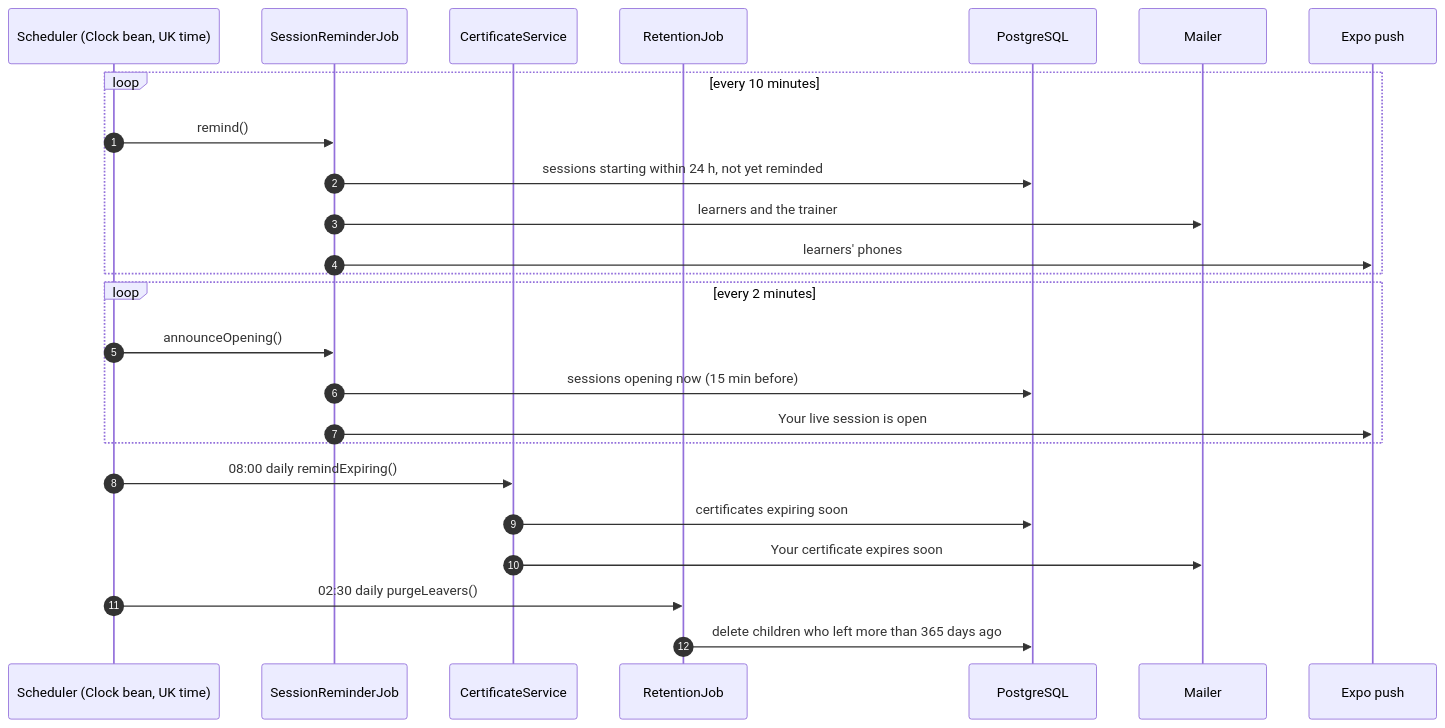
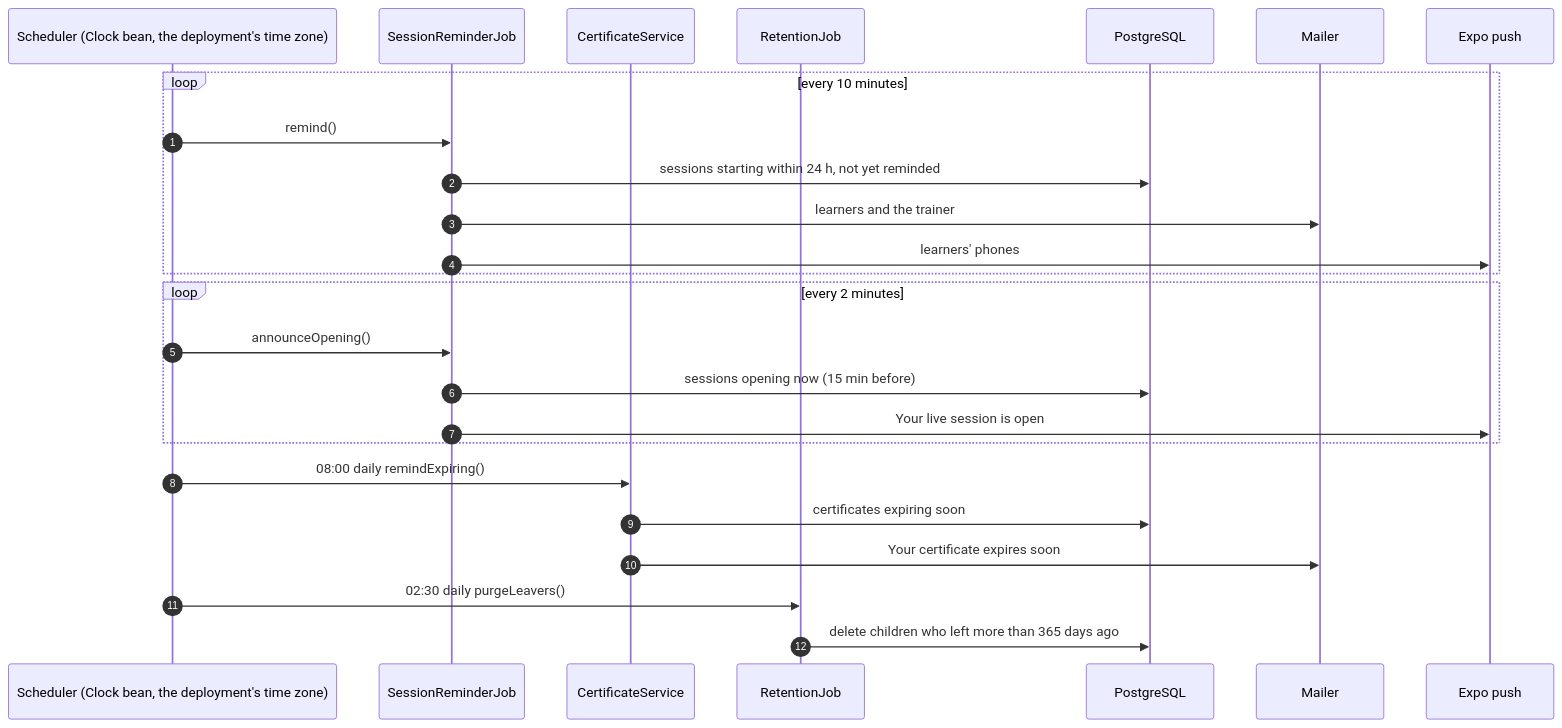
Before and after one commit to ersagarnikam/MoterMoversPlatform: the second of 2 diagrams in docs/flows/8-visitor-and-scheduled-jobs.md, drawn with Mermaid. The commit also changed other lines of this file and 12 other files, not shown here.

````diff
--- a/docs/flows/8-visitor-and-scheduled-jobs.md
+++ b/docs/flows/8-visitor-and-scheduled-jobs.md
@@ -60,27 +60,27 @@
 ```mermaid
 sequenceDiagram
   autonumber
-  participant CL as Scheduler (Clock bean, UK time)
+  participant CL as Scheduler (Clock bean, the deployment's time zone)
   participant SR as SessionReminderJob
   participant CS as CertificateService
   participant RJ as RetentionJob
   participant DB as PostgreSQL
   participant M as Mailer
   participant PU as Expo push
   loop every 10 minutes
     CL->>SR: remind()
     SR->>DB: sessions starting within 24 h, not yet reminded
     SR->>M: learners and the trainer
     SR->>PU: learners' phones
   end
   loop every 2 minutes
     CL->>SR: announceOpening()
     SR->>DB: sessions opening now (15 min before)
     SR->>PU: Your live session is open
   end
   CL->>CS: 08:00 daily remindExpiring()
   CS->>DB: certificates expiring soon
   CS->>M: Your certificate expires soon
   CL->>RJ: 02:30 daily purgeLeavers()
   RJ->>DB: delete children who left more than 365 days ago
 ```
````
